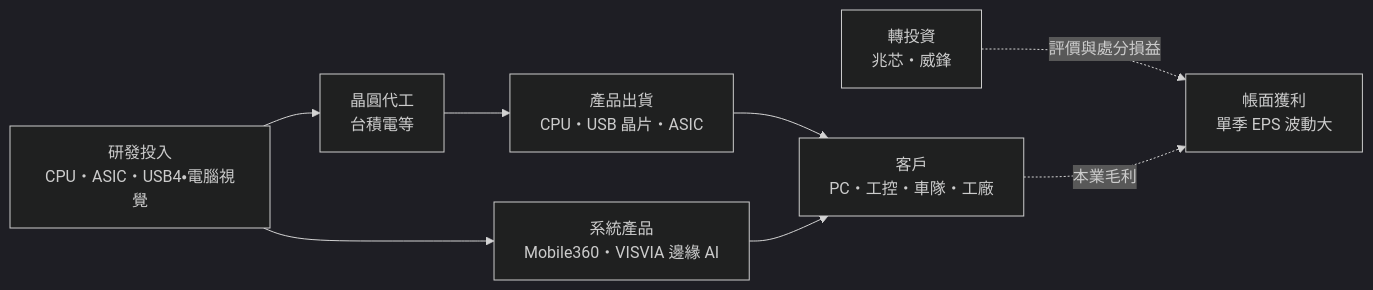
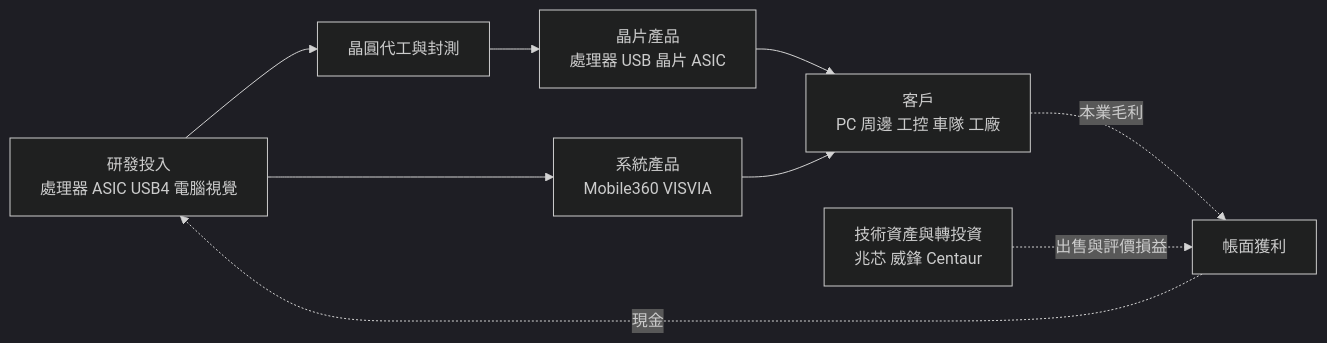
One commit to wangnick1004/taiwan-stock-vault changed the first of 3 diagrams in 個股/台股/2388威盛.md. Above: the diagram before and after it, drawn with Mermaid (dark theme). The commit also changed other lines of this file and 19 other files, not shown here.

````diff
--- a/個股/台股/2388威盛.md
+++ b/個股/台股/2388威盛.md
@@ -63,10 +62,11 @@
 ```mermaid
 flowchart LR
-    A["研發投入<br/>CPU・ASIC・USB4・電腦視覺"] --> B[晶圓代工<br/>台積電等]
-    B --> C["產品出貨<br/>CPU・USB 晶片・ASIC"]
-    A --> D["系統產品<br/>Mobile360・VISVIA 邊緣 AI"]
-    C --> E["客戶<br/>PC・工控・車隊・工廠"]
+    A["研發投入<br/>處理器 ASIC USB4 電腦視覺"] --> B[晶圓代工與封測]
+    B --> C["晶片產品<br/>處理器 USB 晶片 ASIC"]
+    A --> D["系統產品<br/>Mobile360 VISVIA"]
+    C --> E["客戶<br/>PC 周邊 工控 車隊 工廠"]
     D --> E
-    F["轉投資<br/>兆芯・威鋒"] -. 評價與處分損益 .-> G["帳面獲利<br/>單季 EPS 波動大"]
-    E -. 本業毛利 .-> G
+    E -. 本業毛利 .-> G[帳面獲利]
+    F["技術資產與轉投資<br/>兆芯 威鋒 Centaur"] -. 出售與評價損益 .-> G
+    G -. 現金 .-> A
 ```
````
